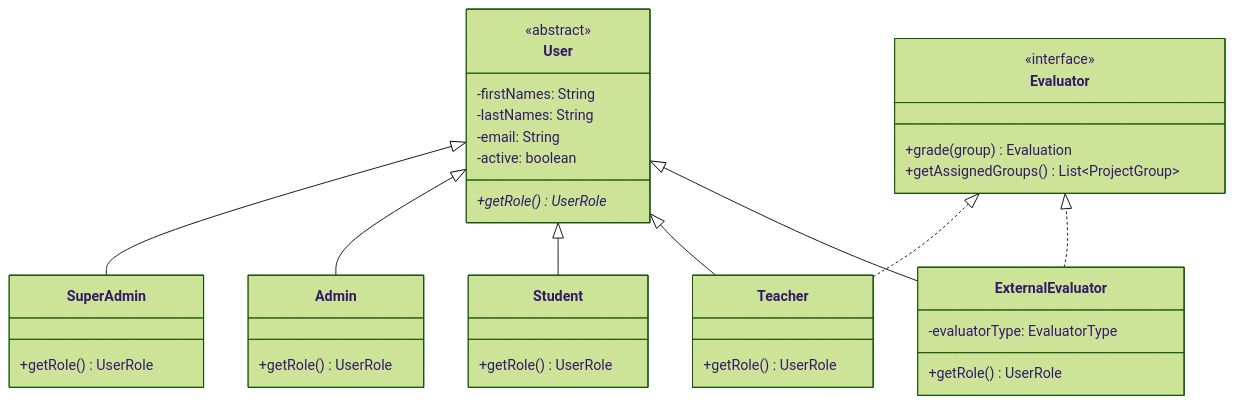
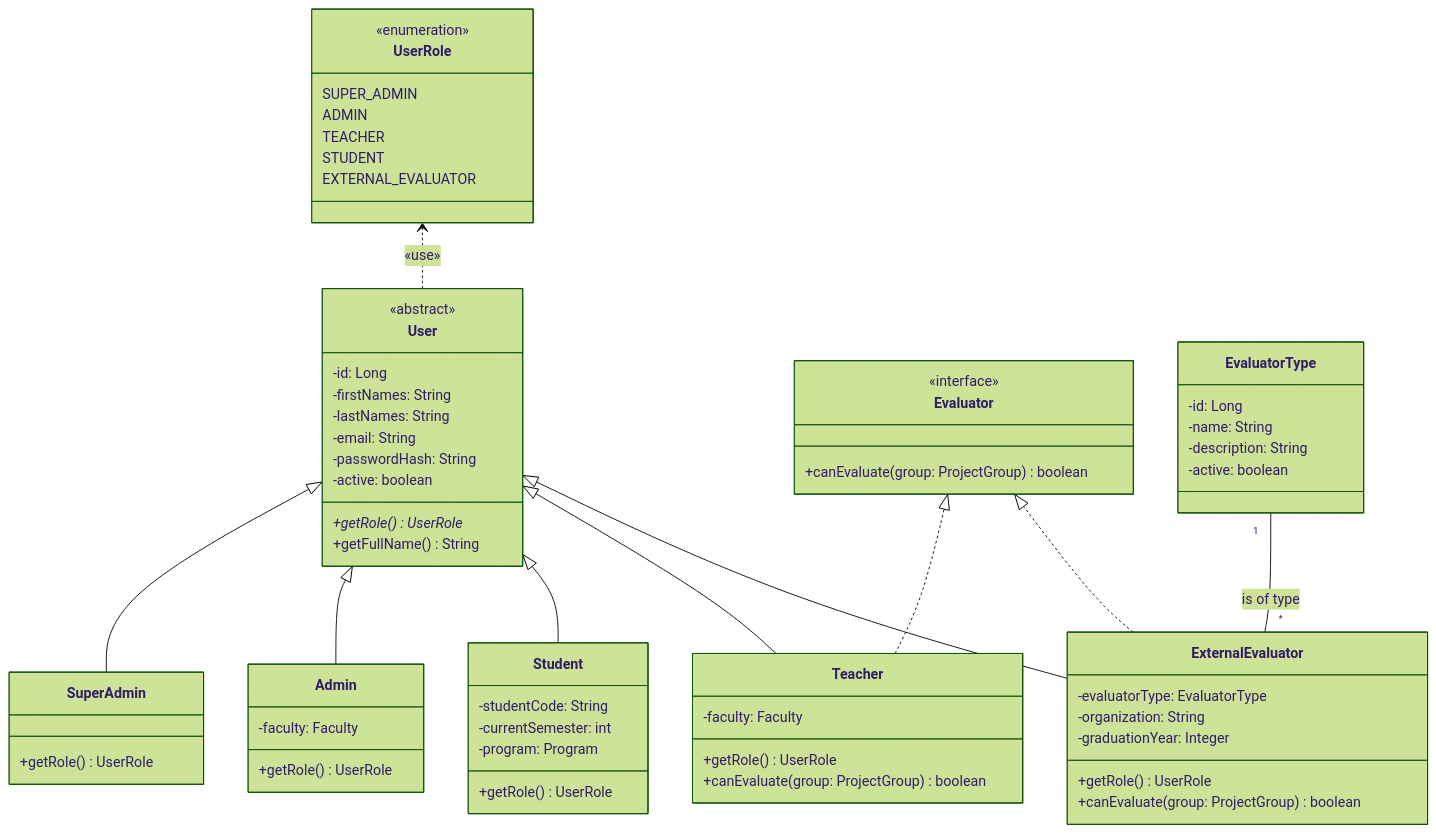
One commit to Oskarsito7/SIERAP changed the first of 6 diagrams in docs/diagramas/diagrama_jerarquias.md. Above: the diagram before and after it, drawn with Mermaid (forest theme). The commit also changed other lines of this file and 12 other files, not shown here.

First line of the commit message:
docs: regenerate the hierarchy and layer diagrams in English

````diff
--- a/docs/diagramas/diagrama_jerarquias.md
+++ b/docs/diagramas/diagrama_jerarquias.md
@@ -14,33 +17,66 @@
 ```mermaid
 classDiagram
 direction BT
 class User {
   <<abstract>>
+  -id: Long
   -firstNames: String
   -lastNames: String
   -email: String
+  -passwordHash: String
   -active: boolean
   +getRole()* UserRole
+  +getFullName() String
+}
+class UserRole {
+  <<enumeration>>
+  SUPER_ADMIN
+  ADMIN
+  TEACHER
+  STUDENT
+  EXTERNAL_EVALUATOR
 }
 class Evaluator {
   <<interface>>
-  +grade(group) Evaluation
-  +getAssignedGroups() List~ProjectGroup~
+  +canEvaluate(group: ProjectGroup) boolean
+}
+class EvaluatorType {
+  -id: Long
+  -name: String
+  -description: String
+  -active: boolean
 }
 class SuperAdmin { +getRole() UserRole }
-class Admin { +getRole() UserRole }
-class Student { +getRole() UserRole }
-class Teacher { +getRole() UserRole }
+class Admin {
+  -faculty: Faculty
+  +getRole() UserRole
+}
+class Student {
+  -studentCode: String
+  -currentSemester: int
+  -program: Program
+  +getRole() UserRole
+}
+class Teacher {
+  -faculty: Faculty
+  +getRole() UserRole
+  +canEvaluate(group: ProjectGroup) boolean
+}
 class ExternalEvaluator {
   -evaluatorType: EvaluatorType
+  -organization: String
+  -graduationYear: Integer
   +getRole() UserRole
+  +canEvaluate(group: ProjectGroup) boolean
 }
 
+User ..> UserRole : «use»
 SuperAdmin --|> User
 Admin --|> User
 Student --|> User
 Teacher --|> User
 ExternalEvaluator --|> User
 Teacher ..|> Evaluator
 ExternalEvaluator ..|> Evaluator
+ExternalEvaluator "*" -- "1" EvaluatorType : is of type
 ```
````
